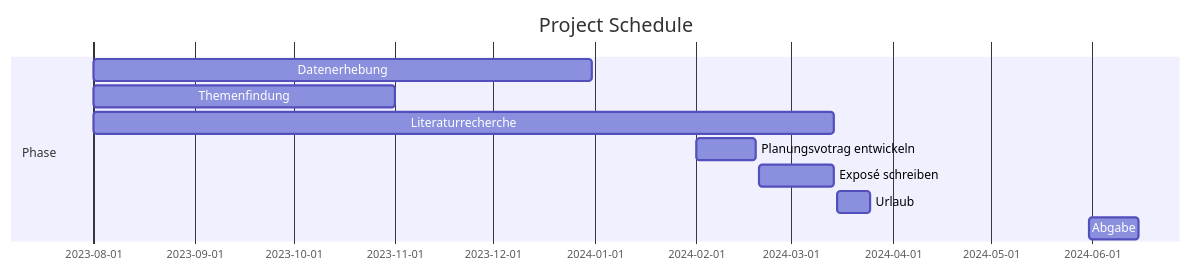
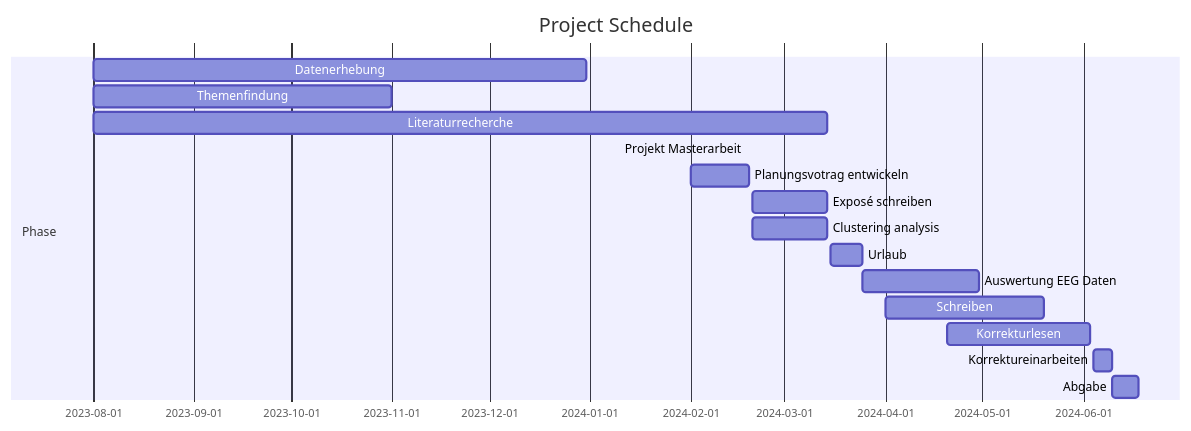
One commit to JankaMarlene/masters_thesis changed the diagram in README.md. Above: the diagram before and after it, drawn with Mermaid.

````diff
--- a/README.md
+++ b/README.md
@@ -4,14 +4,20 @@
 ```mermaid
 gantt
     title Project Schedule
     dateFormat YYYY-MM-DD
 
     section Phase
     Datenerhebung              : 2023-08-01, 2023-12-31
     Themenfindung              : 2023-08-01, 2023-11-01
     Literaturrecherche         : 2023-08-01, 2024-03-14
+    Projekt Masterarbeit       : 2024-01-10, 2024.01-25
     Planungsvotrag entwickeln  : 2024-02-01, 2024-02-19
     Exposé schreiben           : 2024-02-20, 2024-03-14
+    Clustering analysis        : 2024-02-20, 2024-03-14
     Urlaub                     : 2024-03-15, 2024-03-25
-    Abgabe                     : 2024-05-31, 2024-06-15
+    Auswertung EEG Daten       : 2024-03-25, 2024-04-30
+    Schreiben                  : 2024-04-01, 2024-05-20
+    Korrekturlesen             : 2024-04-20, 2024-06-03
+    Korrektureinarbeiten       : 2024-06-04, 2024-06-10           
+    Abgabe                     : 2024-06-10, 2024-06-18
 ```
````
